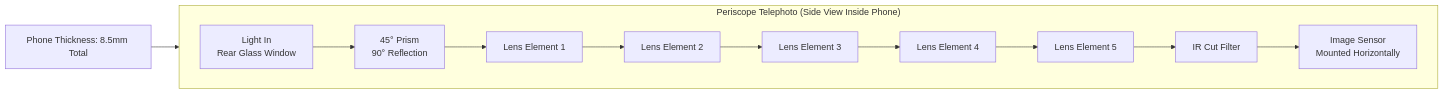
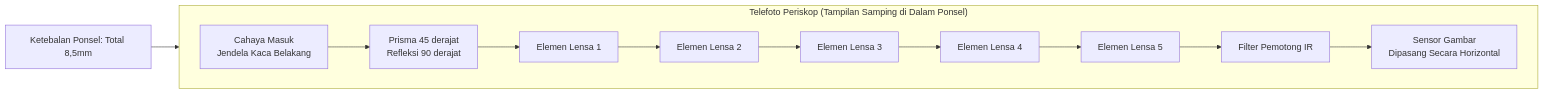
One commit to zoozooll/AndroidCameraParameters changed the sixth of 7 diagrams in website/i18n/id/docusaurus-plugin-content-docs/current/camera2/what-can-modern-smartphone-cameras-do.md. Above: the diagram before and after it, drawn with Mermaid. The commit also changed other lines of this file and 378 other files, not shown here.

````diff
--- a/website/i18n/id/docusaurus-plugin-content-docs/current/camera2/what-can-modern-smartphone-cameras-do.md
+++ b/website/i18n/id/docusaurus-plugin-content-docs/current/camera2/what-can-modern-smartphone-cameras-do.md
@@ -171,15 +171,15 @@
 ```mermaid
 graph LR
-    subgraph "Periscope Telephoto (Side View Inside Phone)"
+    subgraph "Telefoto Periskop (Tampilan Samping di Dalam Ponsel)"
         direction LR
-        A[Light In\nRear Glass Window] --> B[45° Prism\n90° Reflection]
-        B --> C[Lens Element 1]
-        C --> D[Lens Element 2]
-        D --> E[Lens Element 3]
-        E --> F[Lens Element 4]
-        F --> G[Lens Element 5]
-        G --> H[IR Cut Filter]
-        H --> I[Image Sensor\nMounted Horizontally]
+        A["Cahaya Masuk<br/>Jendela Kaca Belakang"] --> B["Prisma 45 derajat<br/>Refleksi 90 derajat"]
+        B --> C["Elemen Lensa 1"]
+        C --> D["Elemen Lensa 2"]
+        D --> E["Elemen Lensa 3"]
+        E --> F["Elemen Lensa 4"]
+        F --> G["Elemen Lensa 5"]
+        G --> H["Filter Pemotong IR"]
+        H --> I["Sensor Gambar<br/>Dipasang Secara Horizontal"]
     end
-    J[Phone Thickness: 8.5mm Total] --> B
+    J["Ketebalan Ponsel: Total 8,5mm"] --> B
 ```
````
